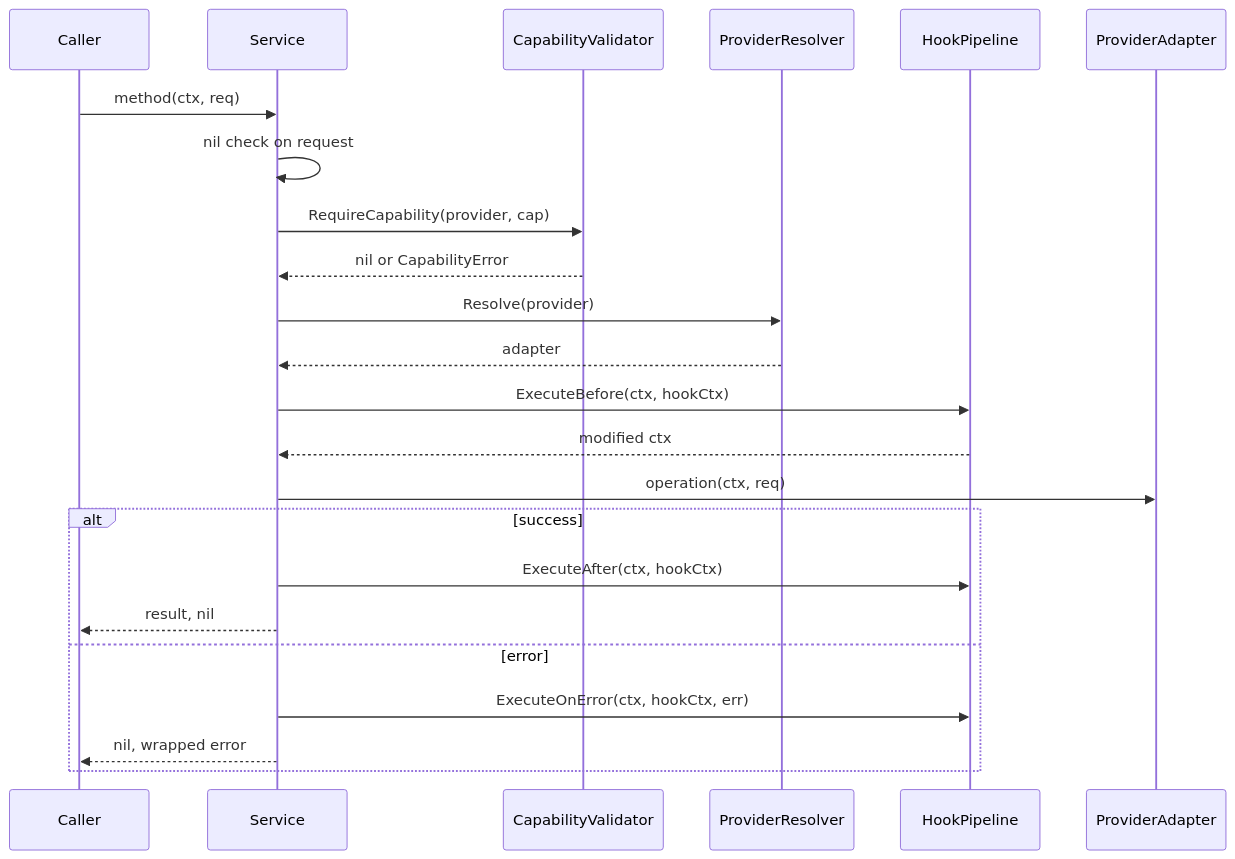
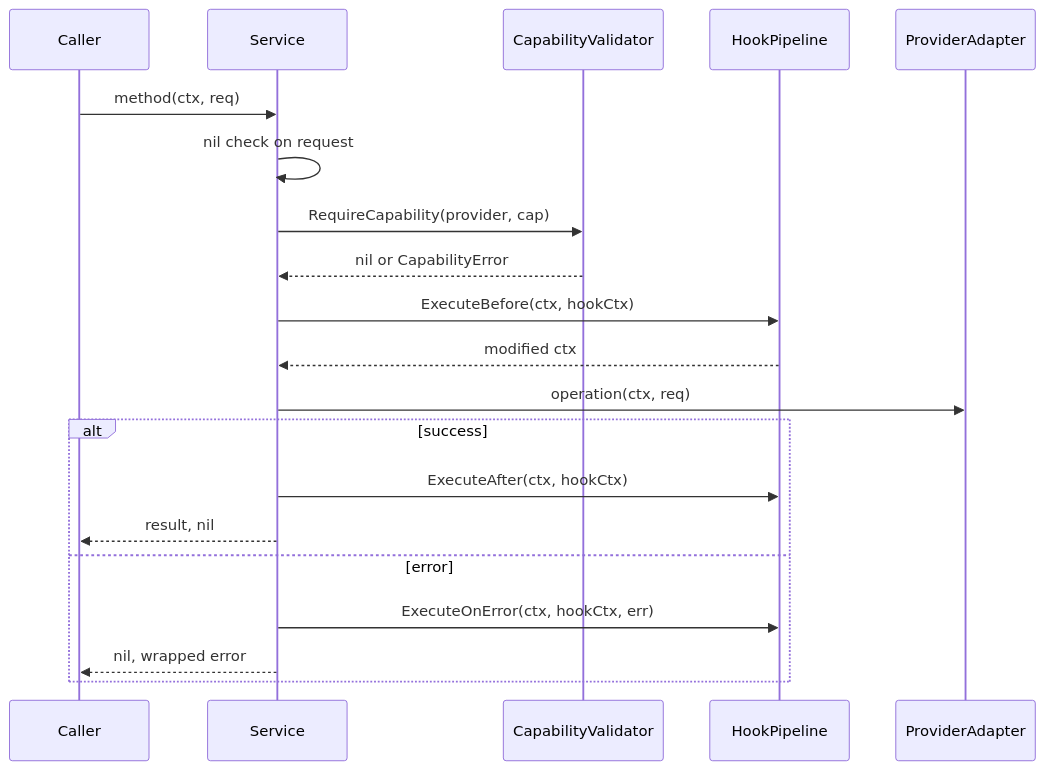
The second of 3 diagrams in CLAUDE.md (Bytonomics/multipay-india), drawn with Mermaid before and after one commit. The commit also changed other lines of this file and 16 other files, not shown here.

First line of the commit message:
refactor!: replace provider registry with single-adapter binding

````diff
--- a/CLAUDE.md
+++ b/CLAUDE.md
@@ -111,26 +107,23 @@
 ```mermaid
 sequenceDiagram
     participant C as Caller
     participant S as Service
     participant V as CapabilityValidator
-    participant R as ProviderResolver
     participant HP as HookPipeline
     participant A as ProviderAdapter
 
     C->>S: method(ctx, req)
     S->>S: nil check on request
     S->>V: RequireCapability(provider, cap)
     V-->>S: nil or CapabilityError
-    S->>R: Resolve(provider)
-    R-->>S: adapter
     S->>HP: ExecuteBefore(ctx, hookCtx)
     HP-->>S: modified ctx
     S->>A: operation(ctx, req)
     alt success
         S->>HP: ExecuteAfter(ctx, hookCtx)
         S-->>C: result, nil
     else error
         S->>HP: ExecuteOnError(ctx, hookCtx, err)
         S-->>C: nil, wrapped error
     end
 ```
````
